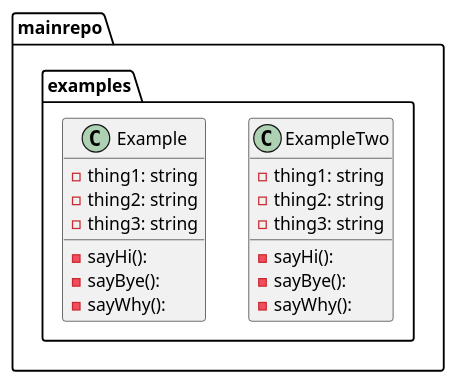
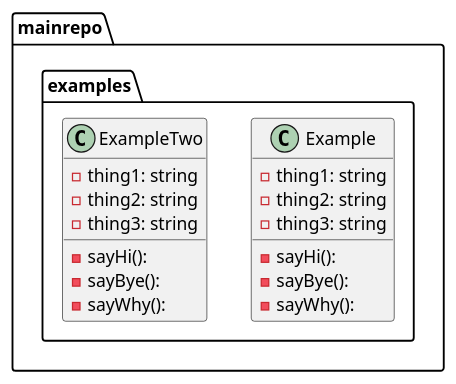
Before and after one commit to tbal999/pumlaction: the diagram in graph.puml, drawn with PlantUML. The commit also changed other lines of this file, not shown here.

```diff
--- a/graph.puml
+++ b/graph.puml
@@ -1,23 +1,23 @@
 @startuml
+package ...mainrepo.examples{
+class Example {
+-thing1: string
+-thing2: string
+-thing3: string
+-sayHi(): 
+-sayBye(): 
+-sayWhy(): 
+}
+}
 package ...mainrepo.examples{
 class ExampleTwo {
 -thing1: string
 -thing2: string
 -thing3: string
 -sayHi(): 
 -sayBye(): 
 -sayWhy(): 
 }
 }
-package ...mainrepo.examples{
-class Example {
--thing1: string
--thing2: string
--thing3: string
--sayHi(): 
--sayBye(): 
--sayWhy(): 
-}
-}
 
 @enduml
```
